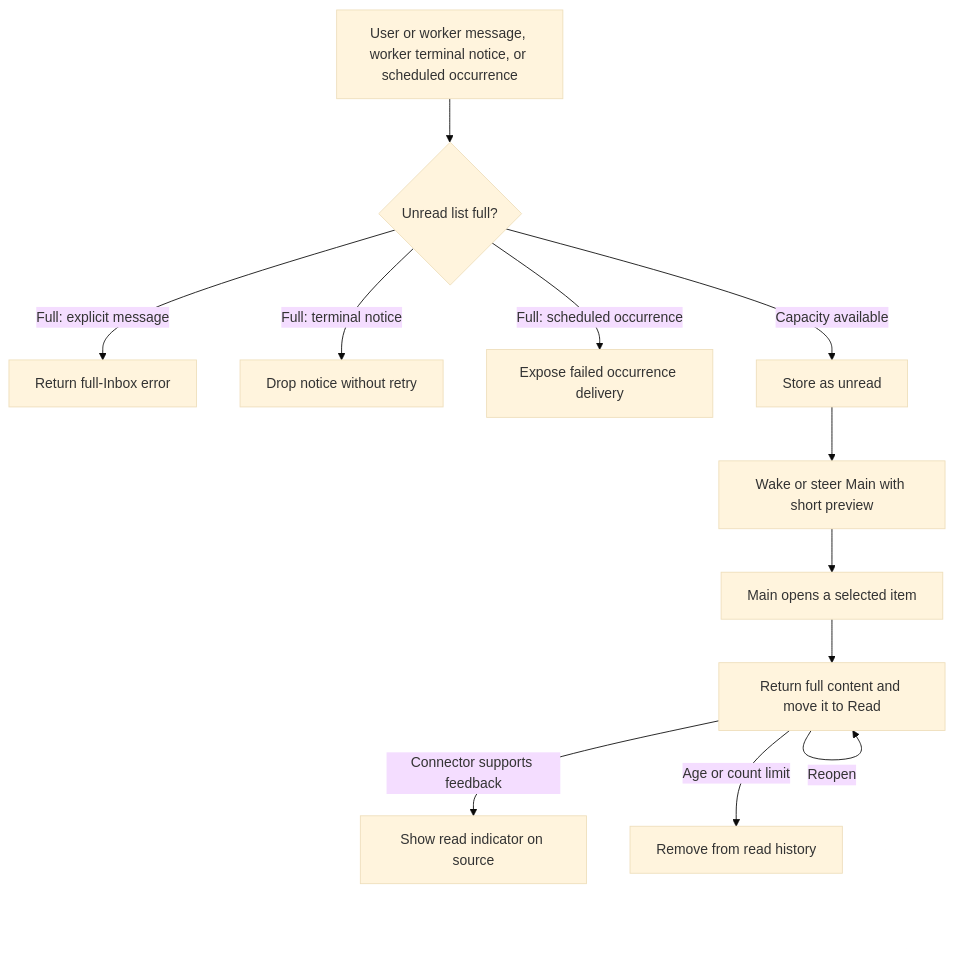
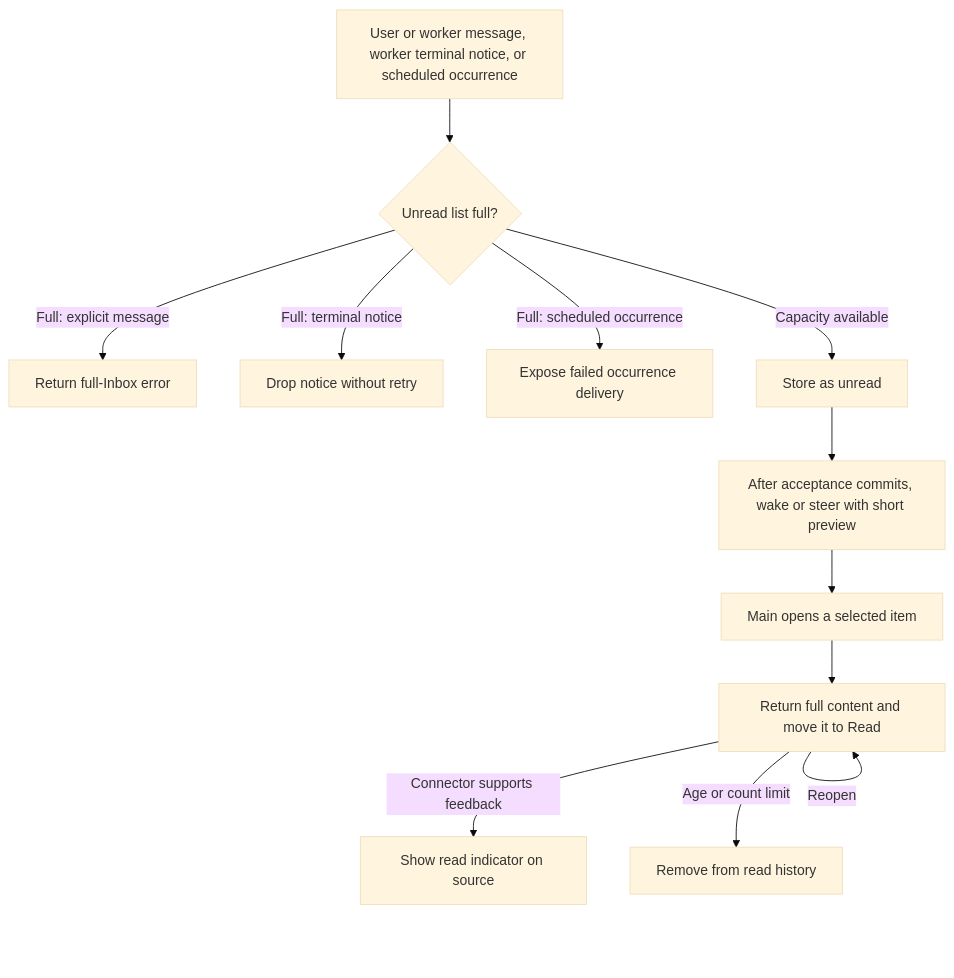
The diagram in spec/01-inbox.md (Wh1isper/a13n-claw), drawn with Mermaid (base theme) before and after one commit. The commit also changed other lines of this file and 3 other files, not shown here.

````diff
--- a/spec/01-inbox.md
+++ b/spec/01-inbox.md
@@ -29,14 +29,14 @@
 ```mermaid
 flowchart TD
     Incoming[User or worker message, worker terminal notice, or scheduled occurrence] --> Check{Unread list full?}
     Check -->|Full: explicit message| Reject[Return full-Inbox error]
     Check -->|Full: terminal notice| Drop[Drop notice without retry]
     Check -->|Full: scheduled occurrence| ScheduleReject[Expose failed occurrence delivery]
     Check -->|Capacity available| Unread[Store as unread]
-    Unread --> Preview[Wake or steer Main with short preview]
+    Unread --> Preview[After acceptance commits, wake or steer with short preview]
     Preview --> Open[Main opens a selected item]
     Open --> Read[Return full content and move it to Read]
     Read -->|Connector supports feedback| Feedback[Show read indicator on source]
     Read -->|Reopen| Read
     Read -->|Age or count limit| Prune[Remove from read history]
 ```
````
